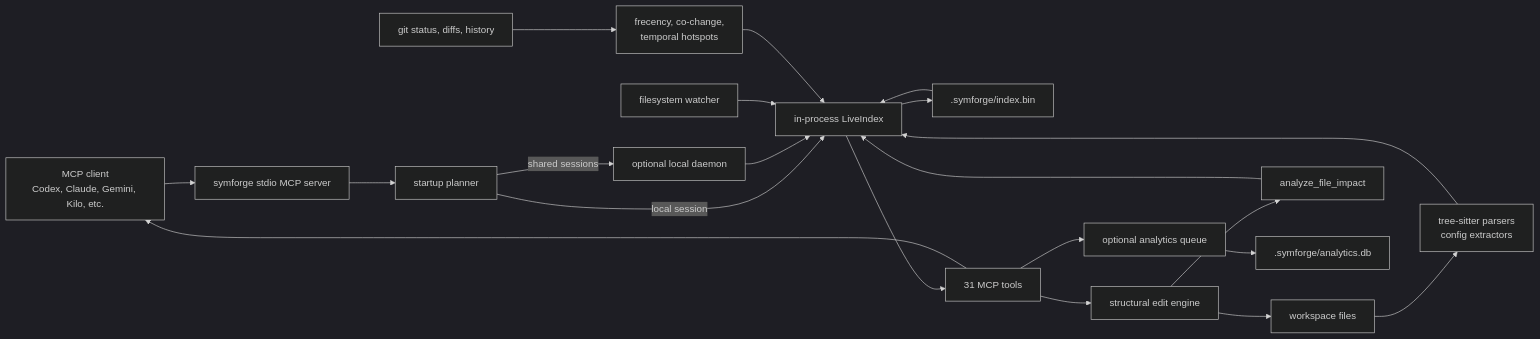
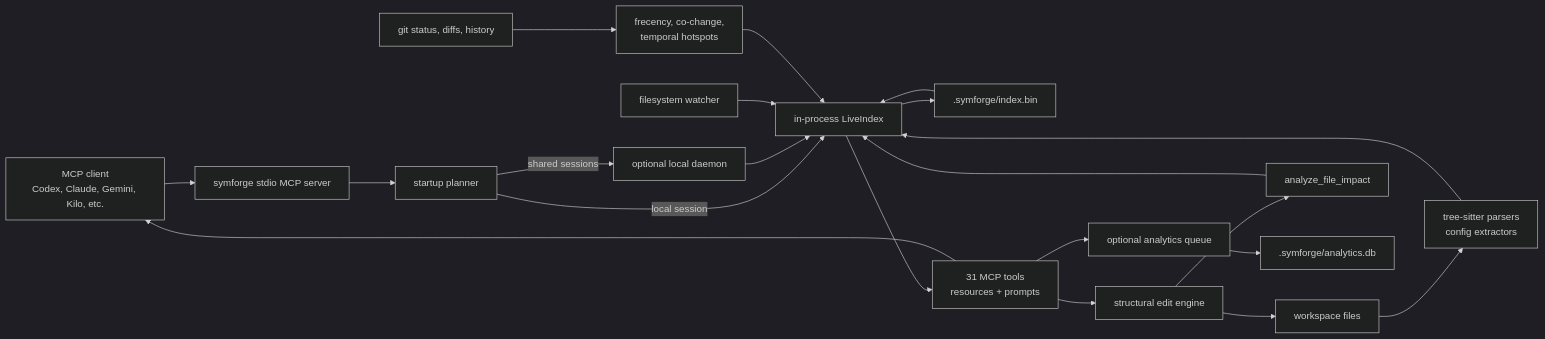
One commit to special-place-ai-heaven/symforge changed the diagram in README.md. Above: the diagram before and after it, drawn with Mermaid (dark theme). The commit also changed other lines of this file and 4 other files, not shown here.

````diff
--- a/README.md
+++ b/README.md
@@ -44,29 +45,29 @@
 ```mermaid
 flowchart LR
     Client["MCP client<br/>Codex, Claude, Gemini, Kilo, etc."] --> Server["symforge stdio MCP server"]
 
     Server --> Startup["startup planner"]
     Startup -->|local session| Local["in-process LiveIndex"]
     Startup -->|shared sessions| Daemon["optional local daemon"]
     Daemon --> Local
 
     Workspace["workspace files"] --> Parser["tree-sitter parsers<br/>config extractors"]
     Parser --> Local
     Watcher["filesystem watcher"] --> Local
     Git["git status, diffs, history"] --> Signals["frecency, co-change,<br/>temporal hotspots"]
     Signals --> Local
 
     Local --> Snapshot[".symforge/index.bin"]
     Snapshot --> Local
 
-    Local --> Tools["31 MCP tools"]
+    Local --> Tools["31 MCP tools<br/>resources + prompts"]
     Tools --> Client
 
     Tools --> Edits["structural edit engine"]
     Edits --> Workspace
     Edits --> Impact["analyze_file_impact"]
     Impact --> Local
 
     Tools --> Analytics["optional analytics queue"]
     Analytics --> AnalyticsDb[".symforge/analytics.db"]
 ```
````
